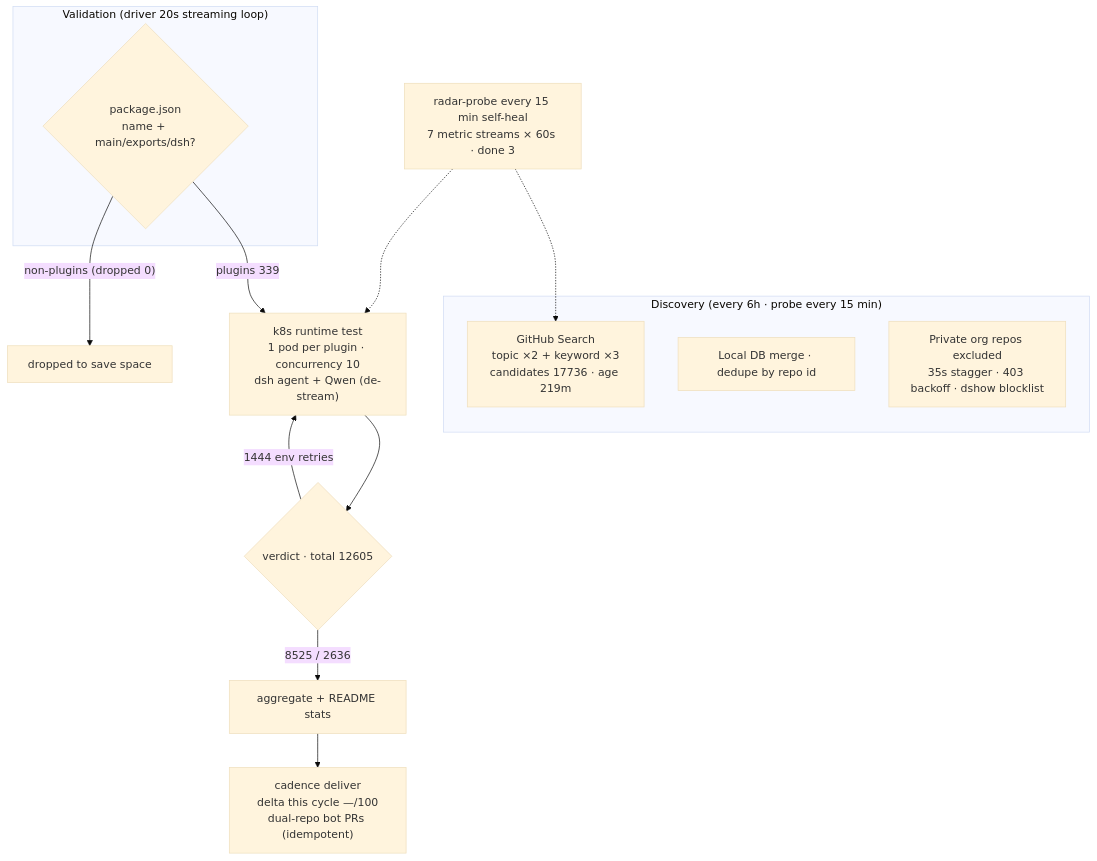
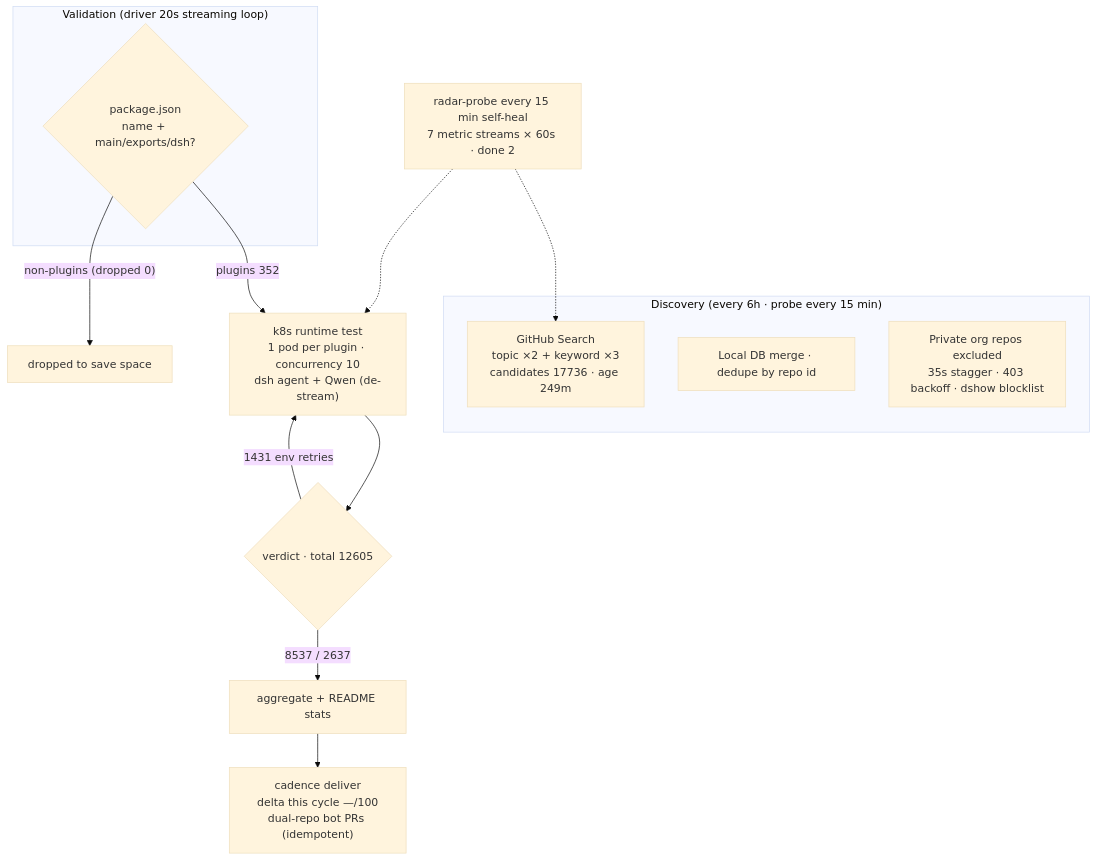
One commit to AdamPlatin123/awesome-dsh-plugins changed the diagram in README.en-US.md. Above: the diagram before and after it, drawn with Mermaid (base theme). The commit also changed other lines of this file and 5 other files, not shown here.

````diff
--- a/README.en-US.md
+++ b/README.en-US.md
@@ -45,20 +45,20 @@
 ```mermaid
 flowchart TB
     subgraph Discovery["Discovery (every 6h · probe every 15 min)"]
-        A1["GitHub Search<br/>topic ×2 + keyword ×3<br/>candidates 17736 · age 219m"]
+        A1["GitHub Search<br/>topic ×2 + keyword ×3<br/>candidates 17736 · age 249m"]
         A2["Local DB merge · dedupe by repo id"]
         A3["Private org repos excluded<br/>35s stagger · 403 backoff · dshow blocklist"]
     end
     subgraph Validation["Validation (driver 20s streaming loop)"]
         B1{"package.json<br/>name + main/exports/dsh?"}
     end
-    B1 -->|"plugins 339"| C1["k8s runtime test<br/>1 pod per plugin · concurrency 10<br/>dsh agent + Qwen (de-stream)"]
+    B1 -->|"plugins 352"| C1["k8s runtime test<br/>1 pod per plugin · concurrency 10<br/>dsh agent + Qwen (de-stream)"]
     B1 -->|"non-plugins (dropped 0)"| B3["dropped to save space"]
     C1 --> D1{"verdict · total 12605"}
-    D1 -->|"8525 / 2636"| E1["aggregate + README stats"]
-    D1 -->|"1444 env retries"| C1
+    D1 -->|"8537 / 2637"| E1["aggregate + README stats"]
+    D1 -->|"1431 env retries"| C1
     E1 --> E2["cadence deliver<br/>delta this cycle —/100<br/>dual-repo bot PRs (idempotent)"]
-    M["radar-probe every 15 min self-heal<br/>7 metric streams × 60s · done 3"]
+    M["radar-probe every 15 min self-heal<br/>7 metric streams × 60s · done 2"]
     M -.-> A1
     M -.-> C1
 ```
````
